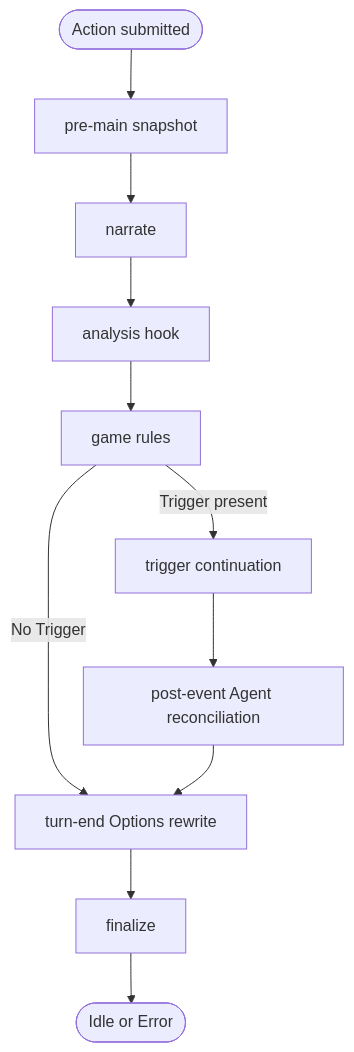
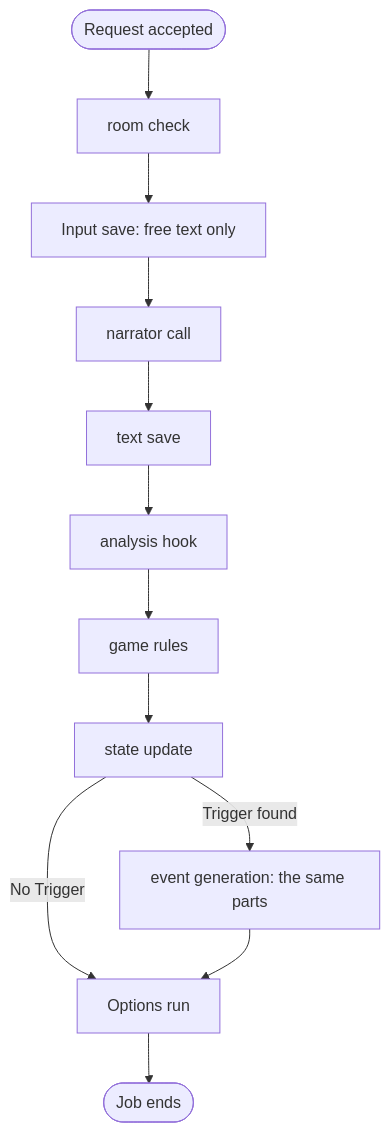
One commit to notsonormal/chronicler-engine changed the diagram in docs/diataxis/reference/game_flow.md. Above: the diagram before and after it, drawn with Mermaid. The commit also changed other lines of this file and 38 other files, not shown here.

````diff
--- a/docs/diataxis/reference/game_flow.md
+++ b/docs/diataxis/reference/game_flow.md
@@ -18,13 +44,14 @@
 ```mermaid
 flowchart TD
-    Start([Action submitted]) --> Pre[pre-main snapshot]
-    Pre --> Narrate[narrate]
-    Narrate --> PostGen[analysis hook]
-    PostGen --> Commit[game rules]
-    Commit -->|Trigger present| Trigger[trigger continuation]
-    Commit -->|No Trigger| Options[turn-end Options rewrite]
-    Trigger --> Reconcile[post-event Agent reconciliation]
-    Reconcile --> Options
-    Options --> Finalize[finalize]
-    Finalize --> End([Idle or Error])
+    Start([Request accepted]) --> Room[room check]
+    Room --> Input[Input save: free text only]
+    Input --> Narrate[narrator call]
+    Narrate --> TextSave[text save]
+    TextSave --> Analysis[analysis hook]
+    Analysis --> Rules[game rules]
+    Rules --> Update[state update]
+    Update -->|Trigger found| Event[event generation: the same parts]
+    Update -->|No Trigger| Options[Options run]
+    Event --> Options
+    Options --> End([Job ends])
 ```
````
